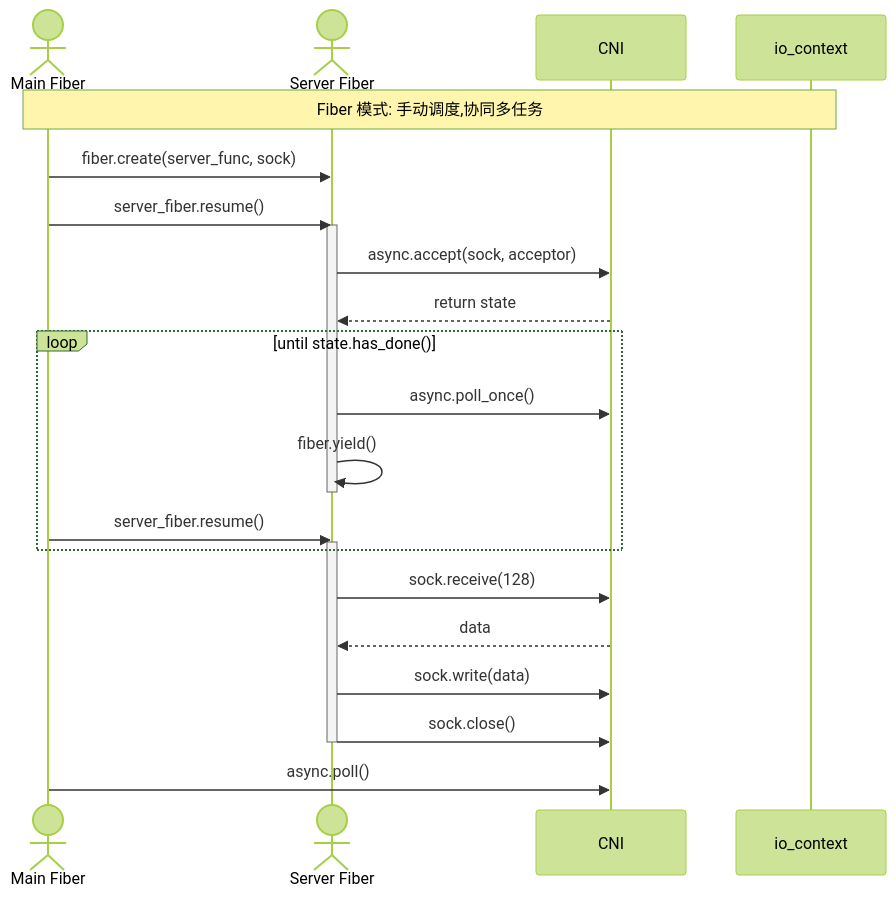
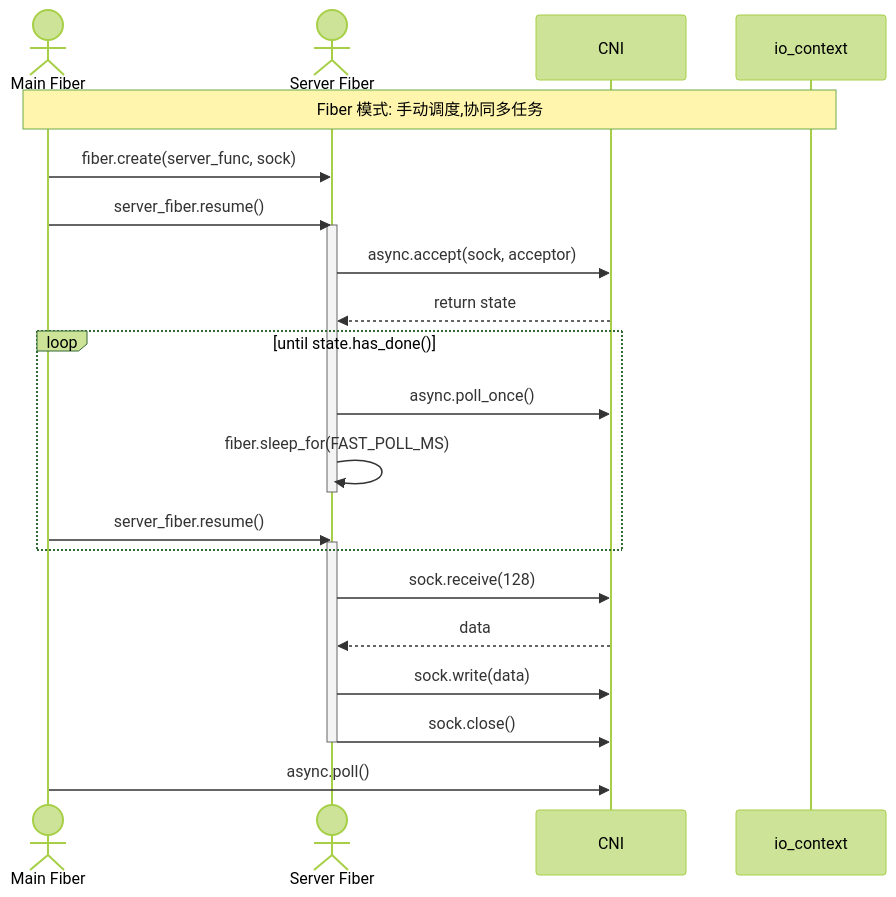
Before and after one commit to covscript/covscript-network: the ninth of 9 diagrams in docs/async-architecture.md, drawn with Mermaid (forest theme). The commit also changed other lines of this file and 10 other files, not shown here.

````diff
--- a/docs/async-architecture.md
+++ b/docs/async-architecture.md
@@ -440,32 +444,32 @@
 ```mermaid
 sequenceDiagram
     actor Main as Main Fiber
     actor SrvFiber as Server Fiber
     participant CNI as CNI
     participant Asio as io_context
 
     Note over Main,Asio: Fiber 模式: 手动调度,协同多任务
 
     Main->>SrvFiber: fiber.create(server_func, sock)
     Main->>SrvFiber: server_fiber.resume()
 
     activate SrvFiber
     SrvFiber->>CNI: async.accept(sock, acceptor)
     CNI-->>SrvFiber: return state
 
     loop until state.has_done()
         SrvFiber->>CNI: async.poll_once()
-        SrvFiber->>SrvFiber: fiber.yield()
+        SrvFiber->>SrvFiber: fiber.sleep_for(FAST_POLL_MS)
         deactivate SrvFiber
         Main->>SrvFiber: server_fiber.resume()
         activate SrvFiber
     end
 
     SrvFiber->>CNI: sock.receive(128)
     CNI-->>SrvFiber: data
     SrvFiber->>CNI: sock.write(data)
     SrvFiber->>CNI: sock.close()
     deactivate SrvFiber
 
     Main->>CNI: async.poll()
 ```
````
